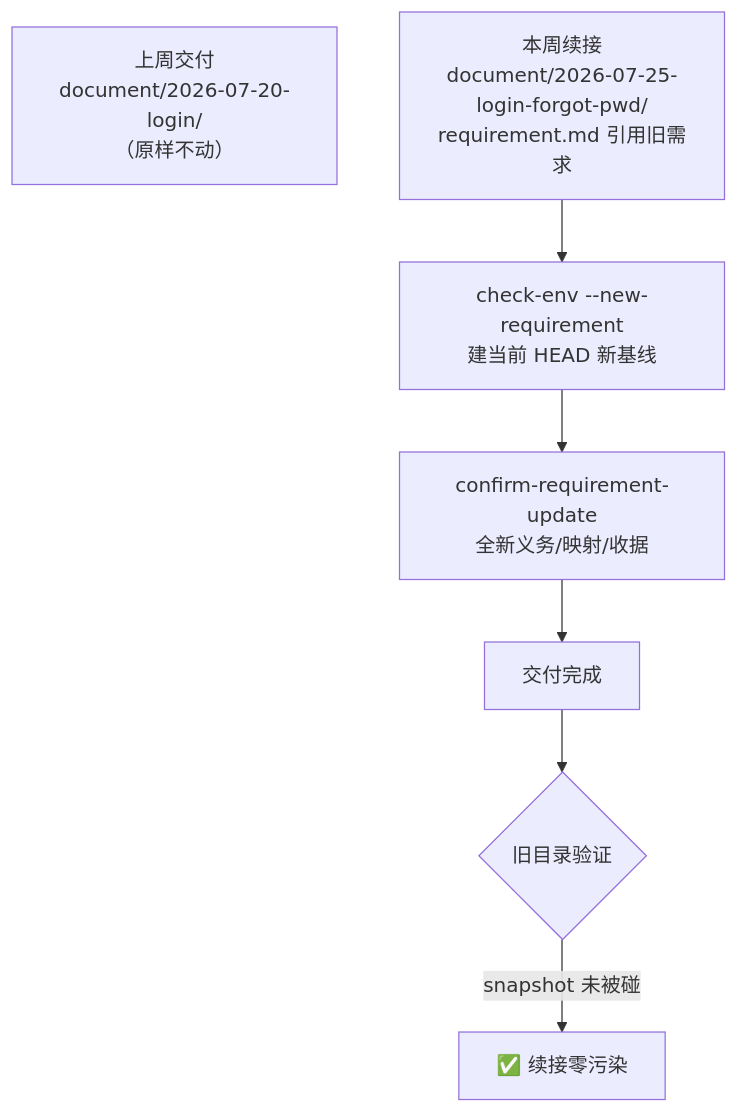
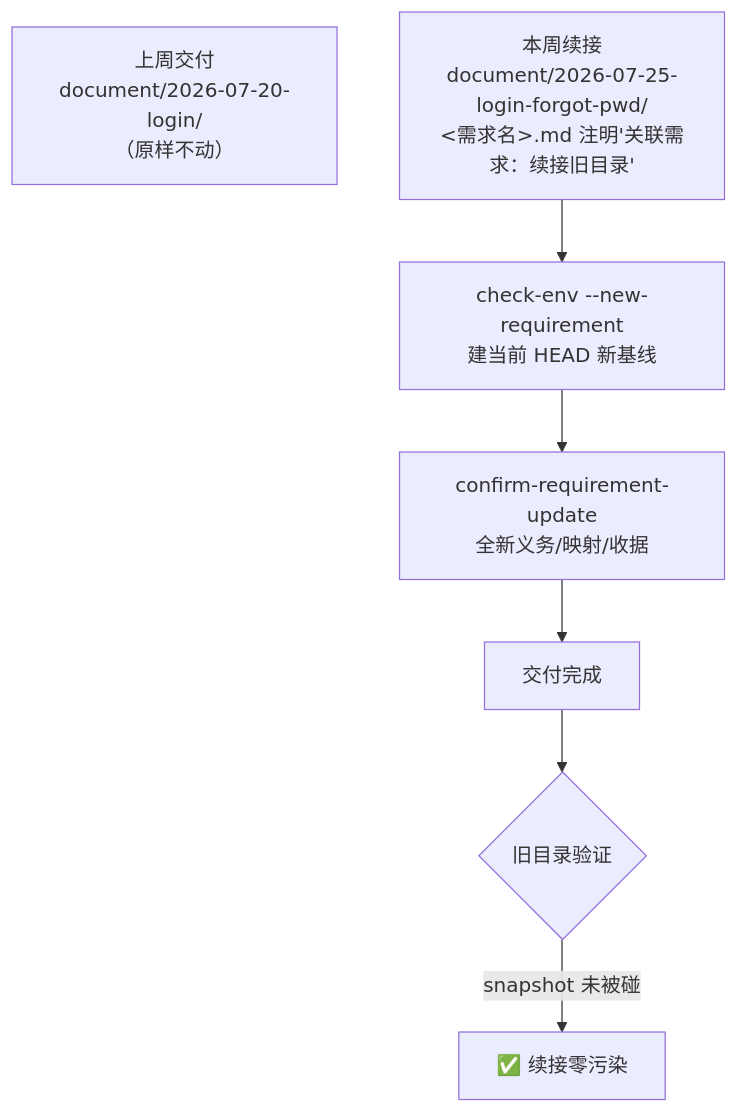
The eighth of 9 diagrams in FLOW_DIAGRAMS.md (yejuntian/android-delivery-skills), drawn with Mermaid before and after one commit. The commit also changed other lines of this file, not shown here.

First line of the commit message:
fix(android-delivery): 流程图与代码对齐（自核查修正 3 处）

````diff
--- a/FLOW_DIAGRAMS.md
+++ b/FLOW_DIAGRAMS.md
@@ -182,10 +182,10 @@
 ```mermaid
 flowchart TD
     OLD["上周交付<br/>document/2026-07-20-login/<br/>（原样不动）"]
-    NEW["本周续接<br/>document/2026-07-25-login-forgot-pwd/<br/>requirement.md 引用旧需求"]
+    NEW["本周续接<br/>document/2026-07-25-login-forgot-pwd/<br/><需求名>.md 注明'关联需求：续接旧目录'"]
     NEW --> NEW_ENV["check-env --new-requirement<br/>建当前 HEAD 新基线"]
     NEW_ENV --> NEW_CONFIRM["confirm-requirement-update<br/>全新义务/映射/收据"]
     NEW_CONFIRM --> NEW_DONE["交付完成"]
     NEW_DONE --> VERIFY{"旧目录验证"}
     VERIFY -- "snapshot 未被碰" --> OK["✅ 续接零污染"]
 ```
````
